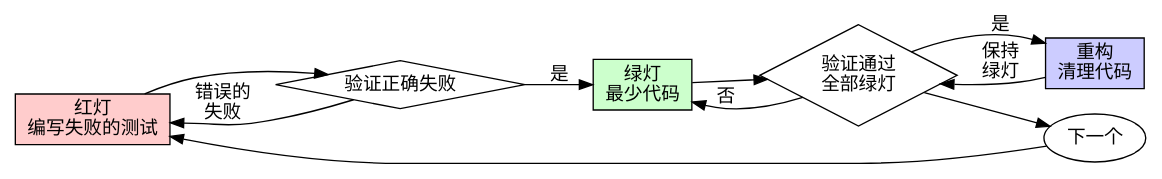
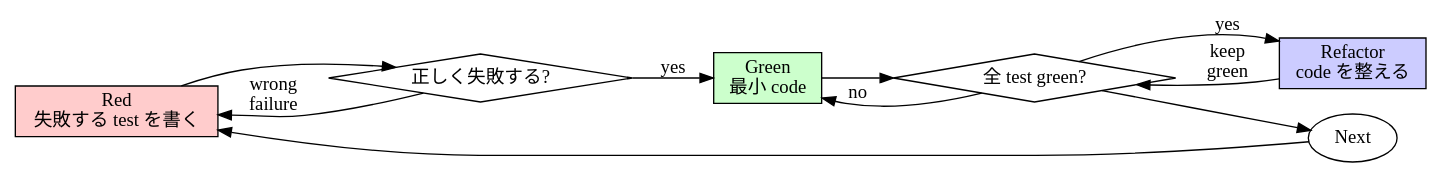
Before and after one commit to sscodeai/superpowers-ja: the diagram in skills/test-driven-development/SKILL.md, drawn with Graphviz. The commit also changed other lines of this file and 7 other files, not shown here.

````diff
--- a/skills/test-driven-development/SKILL.md
+++ b/skills/test-driven-development/SKILL.md
@@ -49,21 +52,21 @@
 ```dot
 digraph tdd_cycle {
     rankdir=LR;
-    red [label="红灯\n编写失败的测试", shape=box, style=filled, fillcolor="#ffcccc"];
-    verify_red [label="验证正确失败", shape=diamond];
-    green [label="绿灯\n最少代码", shape=box, style=filled, fillcolor="#ccffcc"];
-    verify_green [label="验证通过\n全部绿灯", shape=diamond];
-    refactor [label="重构\n清理代码", shape=box, style=filled, fillcolor="#ccccff"];
-    next [label="下一个", shape=ellipse];
+    red [label="Red\n失敗する test を書く", shape=box, style=filled, fillcolor="#ffcccc"];
+    verify_red [label="正しく失敗する?", shape=diamond];
+    green [label="Green\n最小 code", shape=box, style=filled, fillcolor="#ccffcc"];
+    verify_green [label="全 test green?", shape=diamond];
+    refactor [label="Refactor\ncode を整える", shape=box, style=filled, fillcolor="#ccccff"];
+    next [label="Next", shape=ellipse];
 
     red -> verify_red;
-    verify_red -> green [label="是"];
-    verify_red -> red [label="错误的\n失败"];
+    verify_red -> green [label="yes"];
+    verify_red -> red [label="wrong\nfailure"];
     green -> verify_green;
-    verify_green -> refactor [label="是"];
-    verify_green -> green [label="否"];
-    refactor -> verify_green [label="保持\n绿灯"];
+    verify_green -> refactor [label="yes"];
+    verify_green -> green [label="no"];
+    refactor -> verify_green [label="keep\ngreen"];
     verify_green -> next;
     next -> red;
 }
 ```
````
